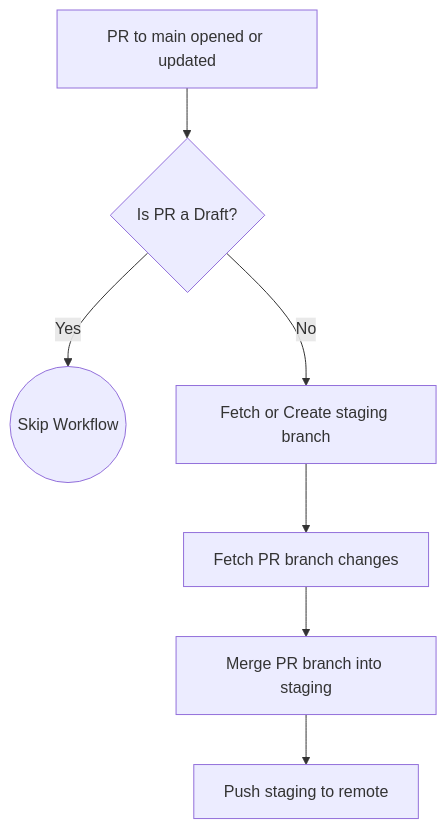
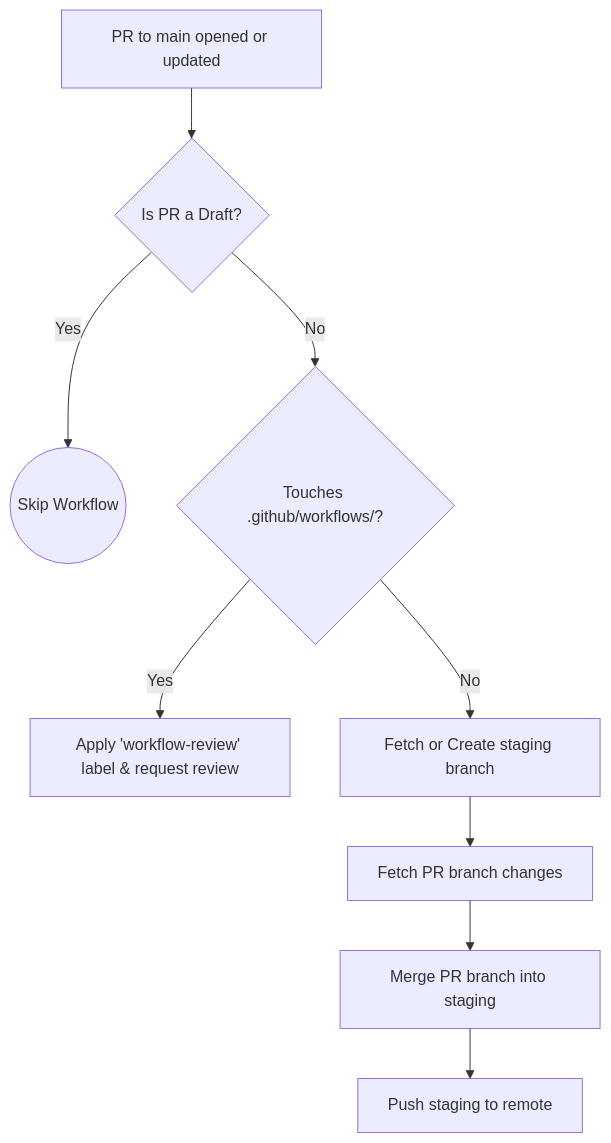
Before and after one commit to LokiMetaSmith/keystone-polyphony: the first of 9 diagrams in docs/ci-cd.md, drawn with Mermaid. The commit also changed other lines of this file and 3 other files, not shown here.

First line of the commit message:
feat: workflow protection gate for .github/workflows/ changes

````diff
--- a/docs/ci-cd.md
+++ b/docs/ci-cd.md
@@ -13,9 +13,11 @@
 ```mermaid
 graph TD
     A[PR to main opened or updated] --> B{Is PR a Draft?}
     B -- Yes --> End((Skip Workflow))
-    B -- No --> C[Fetch or Create staging branch]
+    B -- No --> W{Touches .github/workflows/?}
+    W -- Yes --> R[Apply 'workflow-review' label & request review]
+    W -- No --> C[Fetch or Create staging branch]
     C --> D[Fetch PR branch changes]
     D --> E[Merge PR branch into staging]
     E --> F[Push staging to remote]
 ```
````
